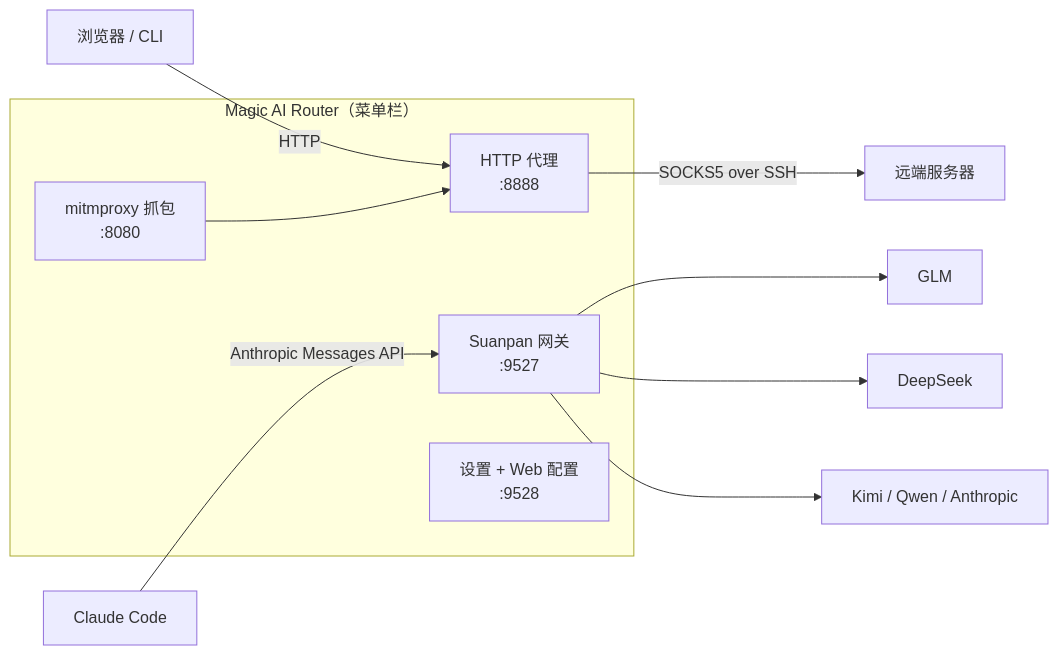
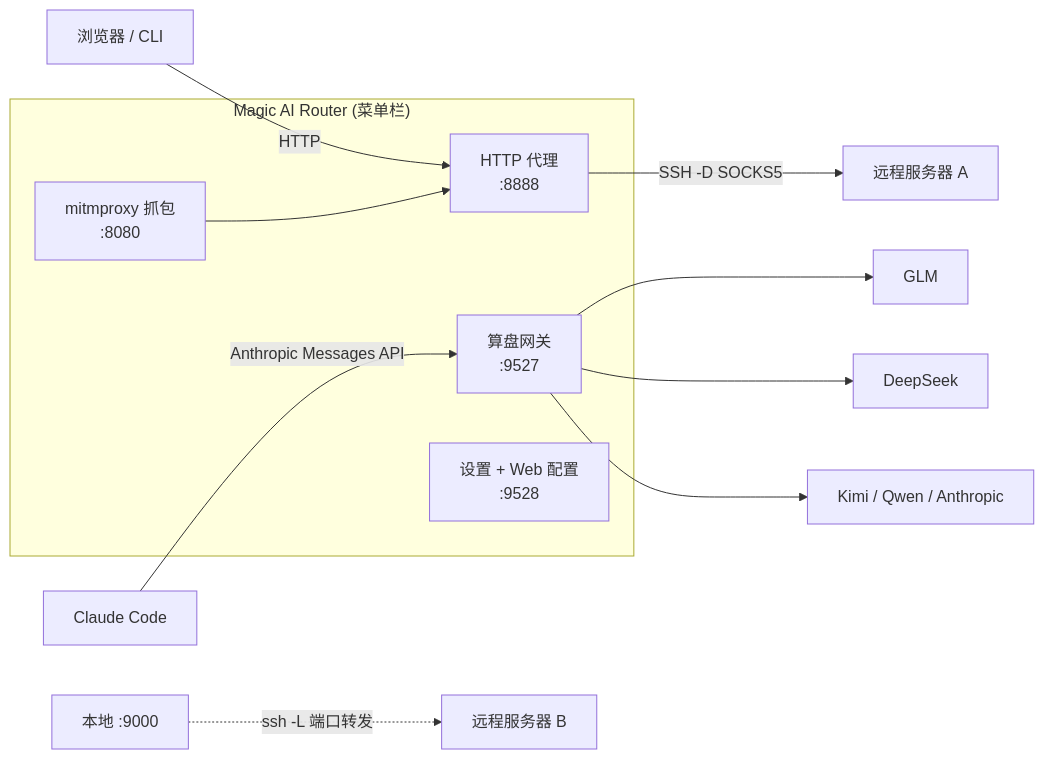
The diagram in README.zh-CN.md (benz-ai-x/Magic-AI-Router), drawn with Mermaid before and after one commit. The commit also changed other lines of this file and 1 other file, not shown here.

````diff
--- a/README.zh-CN.md
+++ b/README.zh-CN.md
@@ -38,16 +70,17 @@
 ```mermaid
 flowchart LR
-    subgraph macOS["Magic AI Router（菜单栏）"]
+    subgraph macOS["Magic AI Router (菜单栏)"]
         HP["HTTP 代理<br/>:8888"]
-        GW["Suanpan 网关<br/>:9527"]
+        GW["算盘网关<br/>:9527"]
         CAP["mitmproxy 抓包<br/>:8080"]
         UI["设置 + Web 配置<br/>:9528"]
     end
     B[浏览器 / CLI] -->|HTTP| HP
-    HP -->|SOCKS5 over SSH| R[远端服务器]
+    HP -->|SSH -D SOCKS5| R[远程服务器 A]
+    F[本地 :9000] -.->|ssh -L 端口转发| R2[远程服务器 B]
     CAP --> HP
     CC[Claude Code] -->|Anthropic Messages API| GW
     GW --> P1[GLM]
     GW --> P2[DeepSeek]
     GW --> P3[Kimi / Qwen / Anthropic]
 ```
````
